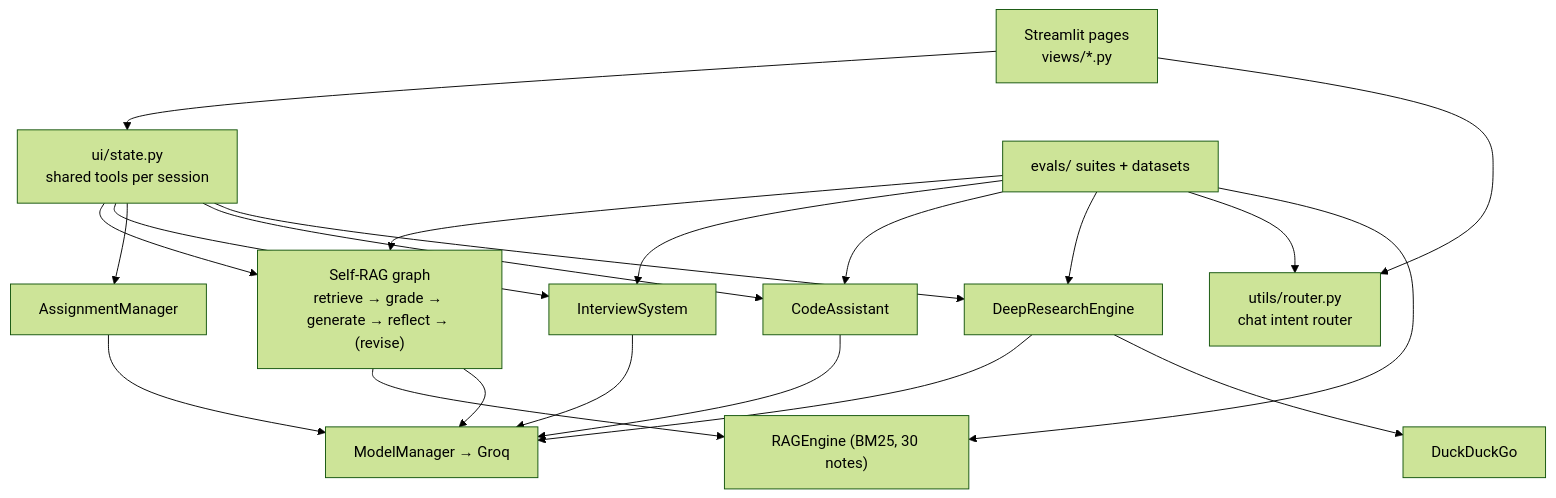
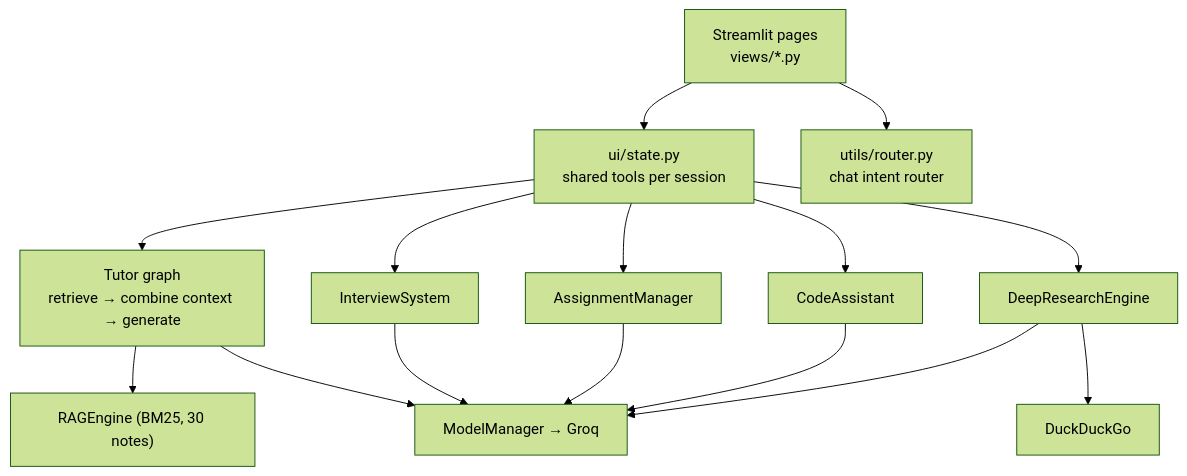
One commit to Hisingh11/data-science-tutor changed the diagram in README.md. Above: the diagram before and after it, drawn with Mermaid (forest theme). The commit also changed other lines of this file and 15 other files, not shown here.

````diff
--- a/README.md
+++ b/README.md
@@ -72,14 +54,13 @@
 ```mermaid
 flowchart TB
   UI["Streamlit pages<br/>views/*.py"] --> ST["ui/state.py<br/>shared tools per session"]
-  ST --> SELF["Self-RAG graph<br/>retrieve → grade → generate → reflect → (revise)"]
+  ST --> SELF["Tutor graph<br/>retrieve → combine context → generate"]
   ST --> INT["InterviewSystem"]
   ST --> ASM["AssignmentManager"]
   ST --> CA["CodeAssistant"]
   ST --> DR["DeepResearchEngine"]
   UI --> RT["utils/router.py<br/>chat intent router"]
   SELF --> RAG["RAGEngine (BM25, 30 notes)"]
   SELF & INT & ASM & CA & DR --> MM["ModelManager → Groq"]
   DR --> WEB["DuckDuckGo"]
-  EV["evals/ suites + datasets"] --> SELF & INT & CA & DR & RT & RAG
 ```
````
